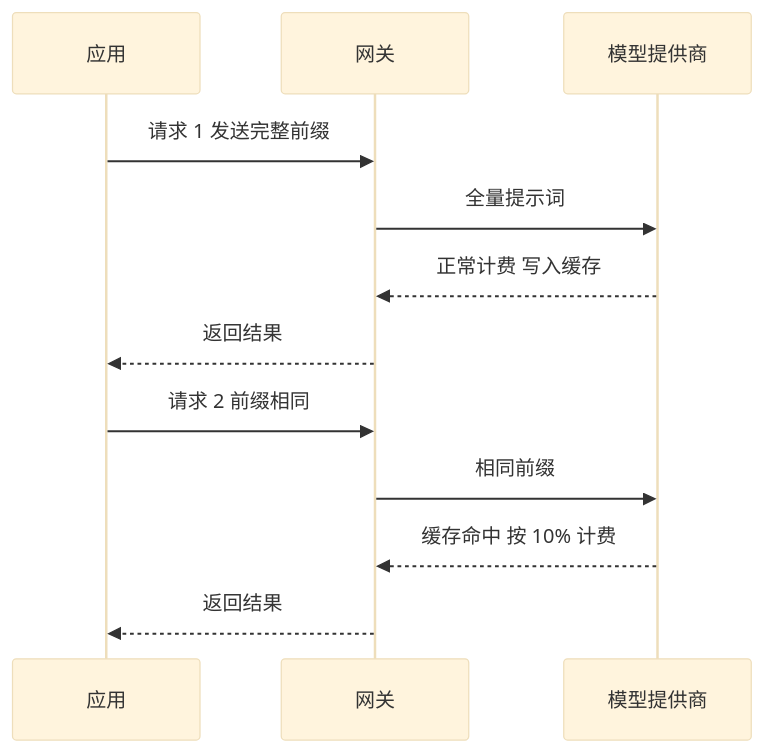
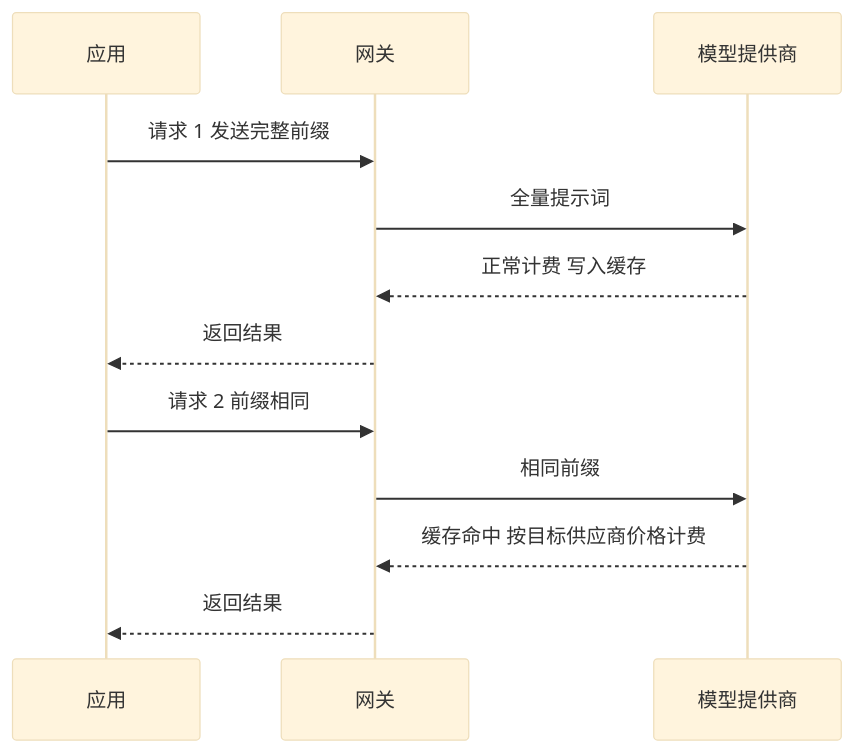
One commit to MoreConsequence/MoreConsequence.github.io changed the fourth of 8 diagrams in content/posts/ai-backend-no-magic.md. Above: the diagram before and after it, drawn with Mermaid (base theme). The commit also changed other lines of this file and 263 other files, not shown here.

````diff
--- a/content/posts/ai-backend-no-magic.md
+++ b/content/posts/ai-backend-no-magic.md
@@ -184,16 +184,16 @@
 ```mermaid
 sequenceDiagram
     participant APP as 应用
     participant GW as 网关
     participant PR as 模型提供商
 
     APP->>GW: 请求 1 发送完整前缀
     GW->>PR: 全量提示词
     PR-->>GW: 正常计费 写入缓存
     GW-->>APP: 返回结果
 
     APP->>GW: 请求 2 前缀相同
     GW->>PR: 相同前缀
-    PR-->>GW: 缓存命中 按 10% 计费
+    PR-->>GW: 缓存命中 按目标供应商价格计费
     GW-->>APP: 返回结果
 ```
````
